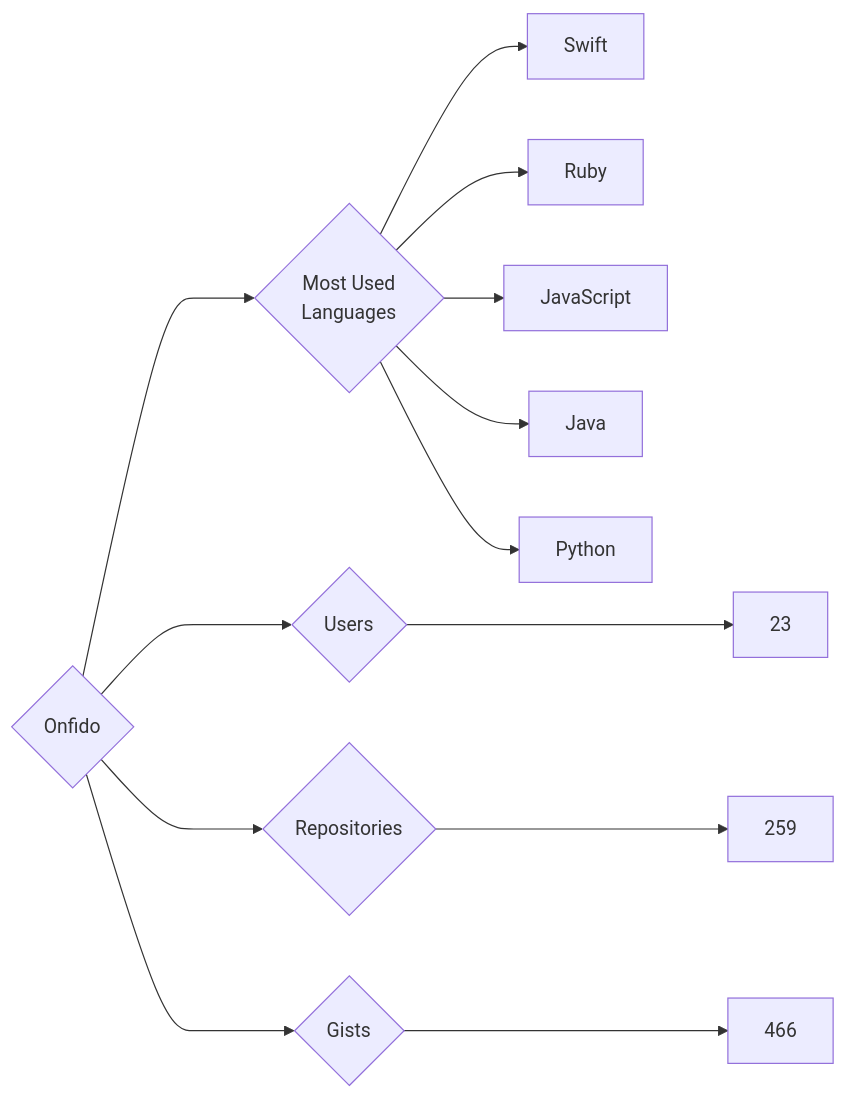
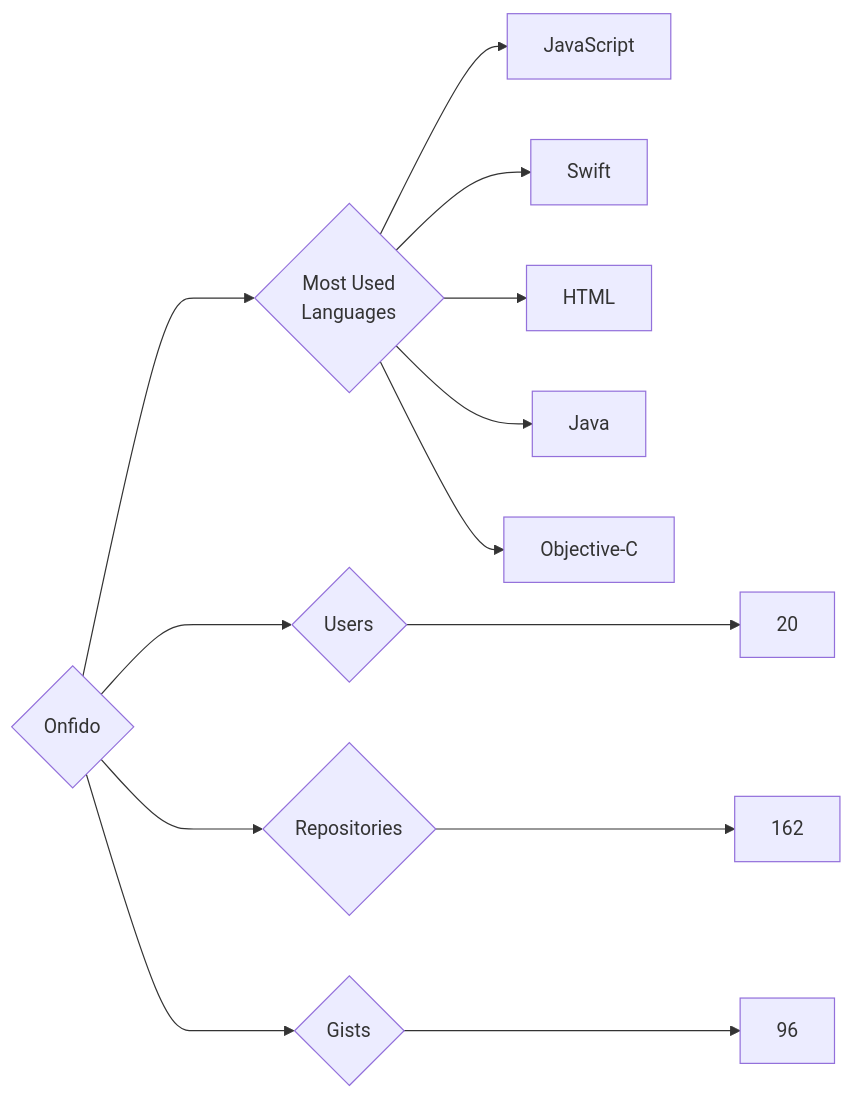
The diagram in targets/Onfido/README.md (trickest/insiders), drawn with Mermaid before and after one commit. The commit also changed 851 other files, not shown here.

````diff
--- a/targets/Onfido/README.md
+++ b/targets/Onfido/README.md
@@ -3,13 +3,13 @@
 ```mermaid
 graph LR
 COMPANY_NAME{Onfido}
-COMPANY_NAME ---> U{Users} ---> UN[23]
-COMPANY_NAME ---> R{Repositories} ---> RN[259]
-COMPANY_NAME ---> G{Gists} ---> GN[466]
+COMPANY_NAME ---> U{Users} ---> UN[20]
+COMPANY_NAME ---> R{Repositories} ---> RN[162]
+COMPANY_NAME ---> G{Gists} ---> GN[96]
 COMPANY_NAME ---> ML{Most Used<br>Languages}
+ML --> JavaScript[JavaScript]
 ML --> Swift[Swift]
-ML --> Ruby[Ruby]
-ML --> JavaScript[JavaScript]
+ML --> HTML[HTML]
 ML --> Java[Java]
-ML --> Python[Python]
+ML --> Objective-C[Objective-C]
 ```
````
